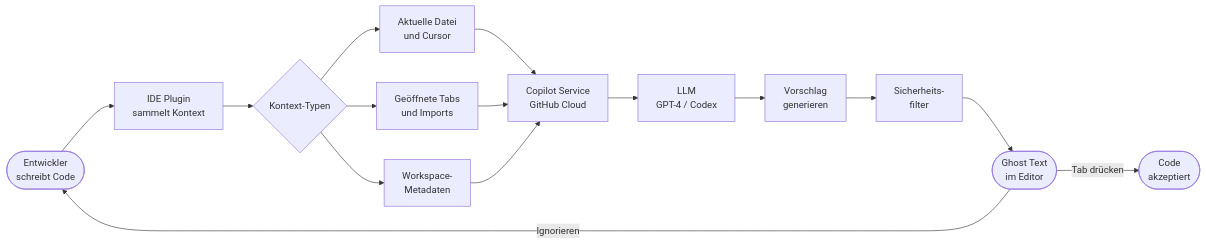
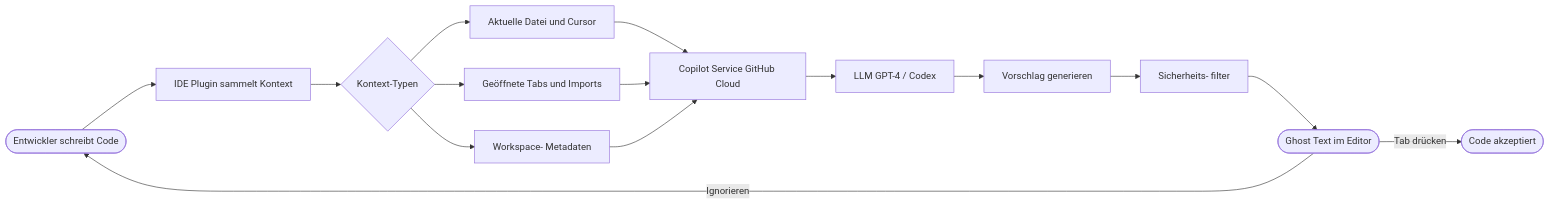
Before and after one commit to SoniiiT/notes-n-docs: the first of 2 diagrams in Microsoft 365/GitHub/GitHub Copilot.md, drawn with Mermaid. The commit also changed other lines of this file and 124 other files, not shown here.

First line of the commit message:
fix: Entferne \n aus allen Mermaid-Diagrammen (125 Dateien)

````diff
--- a/Microsoft 365/GitHub/GitHub Copilot.md
+++ b/Microsoft 365/GitHub/GitHub Copilot.md
@@ -32,17 +32,17 @@
 ```mermaid
 flowchart LR
-    A([Entwickler\nschreibt Code]) --> B[IDE Plugin\nsammelt Kontext]
+    A([Entwickler schreibt Code]) --> B[IDE Plugin sammelt Kontext]
     B --> C{Kontext-Typen}
-    C --> D[Aktuelle Datei\nund Cursor]
-    C --> E[Geöffnete Tabs\nund Imports]
-    C --> F[Workspace-\nMetadaten]
-    D --> G[Copilot Service\nGitHub Cloud]
+    C --> D[Aktuelle Datei und Cursor]
+    C --> E[Geöffnete Tabs und Imports]
+    C --> F[Workspace- Metadaten]
+    D --> G[Copilot Service GitHub Cloud]
     E --> G
     F --> G
-    G --> H[LLM\nGPT-4 / Codex]
-    H --> I[Vorschlag\ngenerieren]
-    I --> J[Sicherheits-\nfilter]
-    J --> K([Ghost Text\nim Editor])
-    K -->|Tab drücken| L([Code\nakzeptiert])
+    G --> H[LLM GPT-4 / Codex]
+    H --> I[Vorschlag generieren]
+    I --> J[Sicherheits- filter]
+    J --> K([Ghost Text im Editor])
+    K -->|Tab drücken| L([Code akzeptiert])
     K -->|Ignorieren| A
 ```
````
